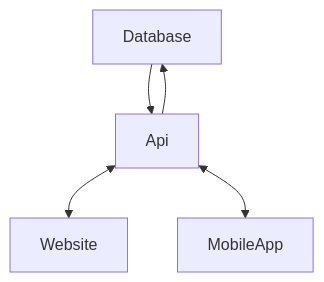
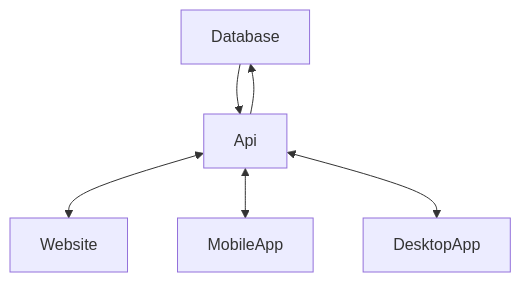
Before and after one commit to Storganizer/api: the first of 2 diagrams in README.md, drawn with Mermaid. The commit also changed other lines of this file, not shown here.

Commit message:
Description and DesktopApp, probably looks crappy

````diff
--- a/README.md
+++ b/README.md
@@ -8,10 +37,12 @@
 ```mermaid
   graph TD;
     Database-->Api;
     Api-->Database;
 
     Api<-->Website;
 
     Api<-->MobileApp;
 
+    Api<-->DesktopApp;
+
 ```
````
